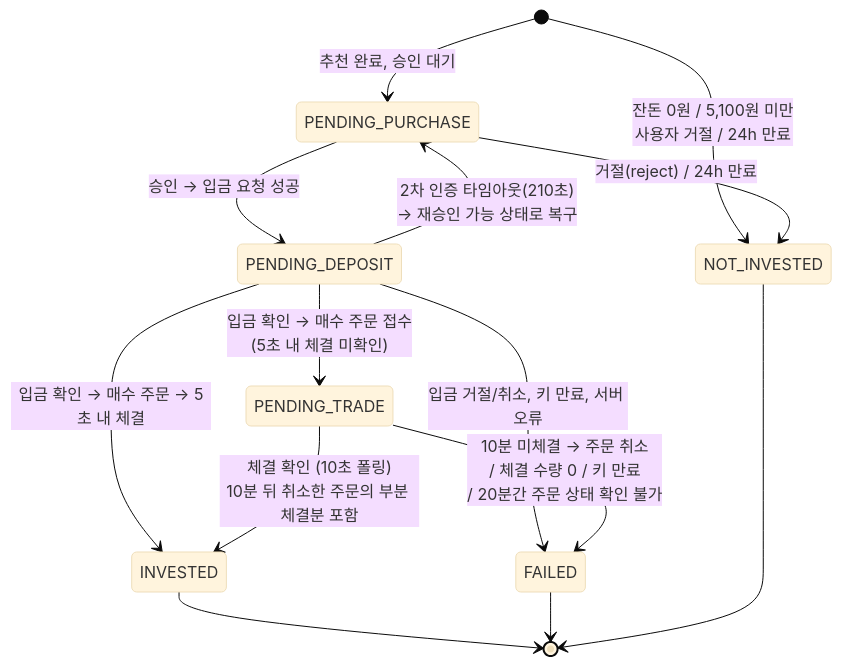
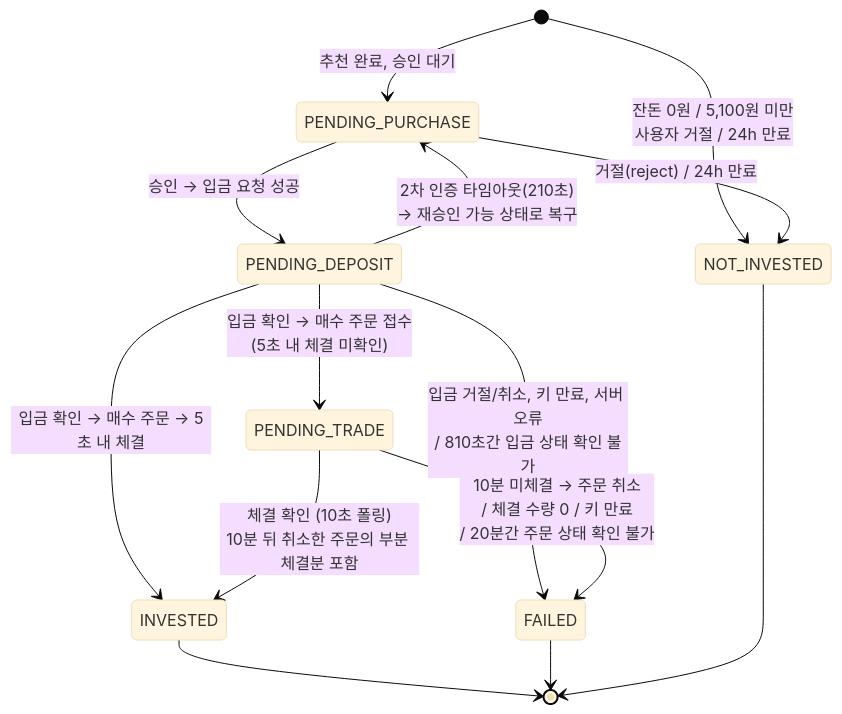
One commit to Team-Tikkle/Tikkle-be changed the second of 2 diagrams in docs/Tikkle_payment_investment_flow.md. Above: the diagram before and after it, drawn with Mermaid (base theme). The commit also changed other lines of this file, not shown here.

````diff
--- a/docs/Tikkle_payment_investment_flow.md
+++ b/docs/Tikkle_payment_investment_flow.md
@@ -184,20 +184,20 @@
 ```mermaid
 stateDiagram-v2
     [*] --> NOT_INVESTED : 잔돈 0원 / 5,100원 미만<br>사용자 거절 / 24h 만료
     [*] --> PENDING_PURCHASE : 추천 완료, 승인 대기
 
     PENDING_PURCHASE --> PENDING_DEPOSIT : 승인 → 입금 요청 성공
     PENDING_PURCHASE --> NOT_INVESTED : 거절(reject) / 24h 만료
 
     PENDING_DEPOSIT --> PENDING_TRADE : 입금 확인 → 매수 주문 접수<br>(5초 내 체결 미확인)
     PENDING_DEPOSIT --> INVESTED : 입금 확인 → 매수 주문 → 5초 내 체결
     PENDING_DEPOSIT --> PENDING_PURCHASE : 2차 인증 타임아웃(210초)<br>→ 재승인 가능 상태로 복구
-    PENDING_DEPOSIT --> FAILED : 입금 거절/취소, 키 만료, 서버 오류
+    PENDING_DEPOSIT --> FAILED : 입금 거절/취소, 키 만료, 서버 오류<br>/ 810초간 입금 상태 확인 불가
 
     PENDING_TRADE --> INVESTED : 체결 확인 (10초 폴링)<br>10분 뒤 취소한 주문의 부분 체결분 포함
     PENDING_TRADE --> FAILED : 10분 미체결 → 주문 취소<br>/ 체결 수량 0 / 키 만료<br>/ 20분간 주문 상태 확인 불가
 
     INVESTED --> [*]
     FAILED --> [*]
     NOT_INVESTED --> [*]
 ```
````
